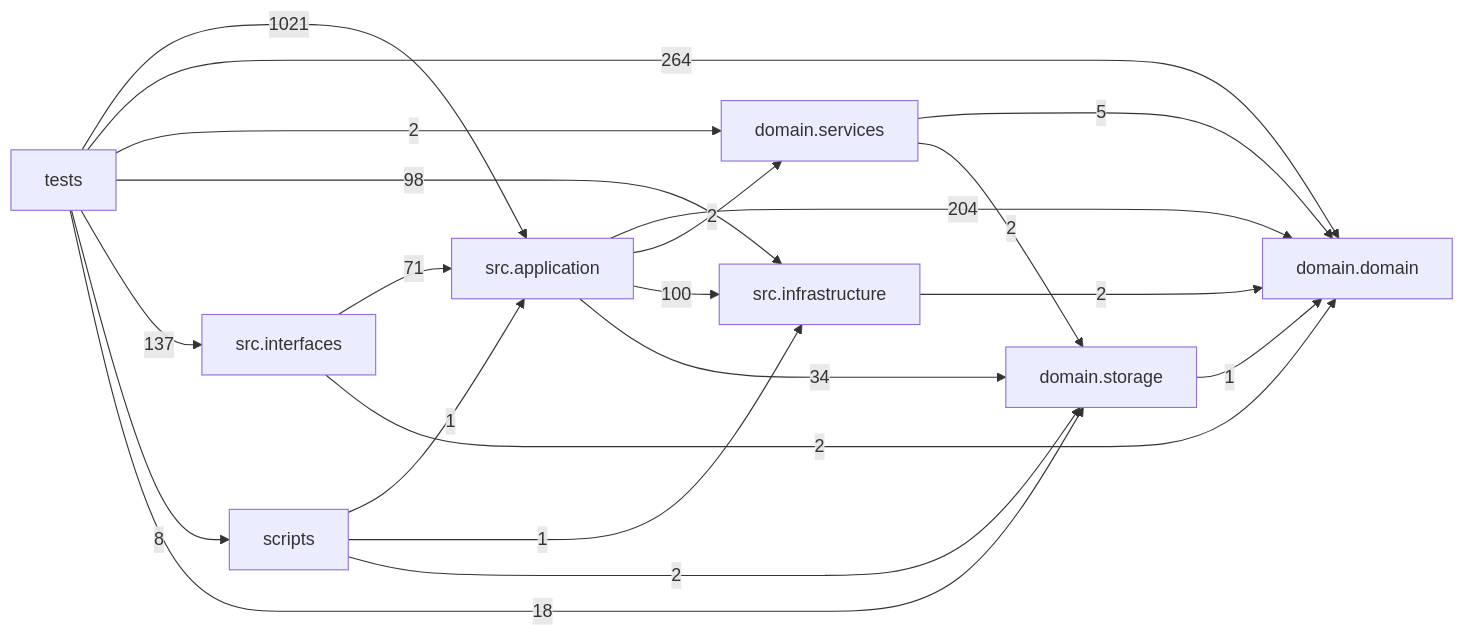
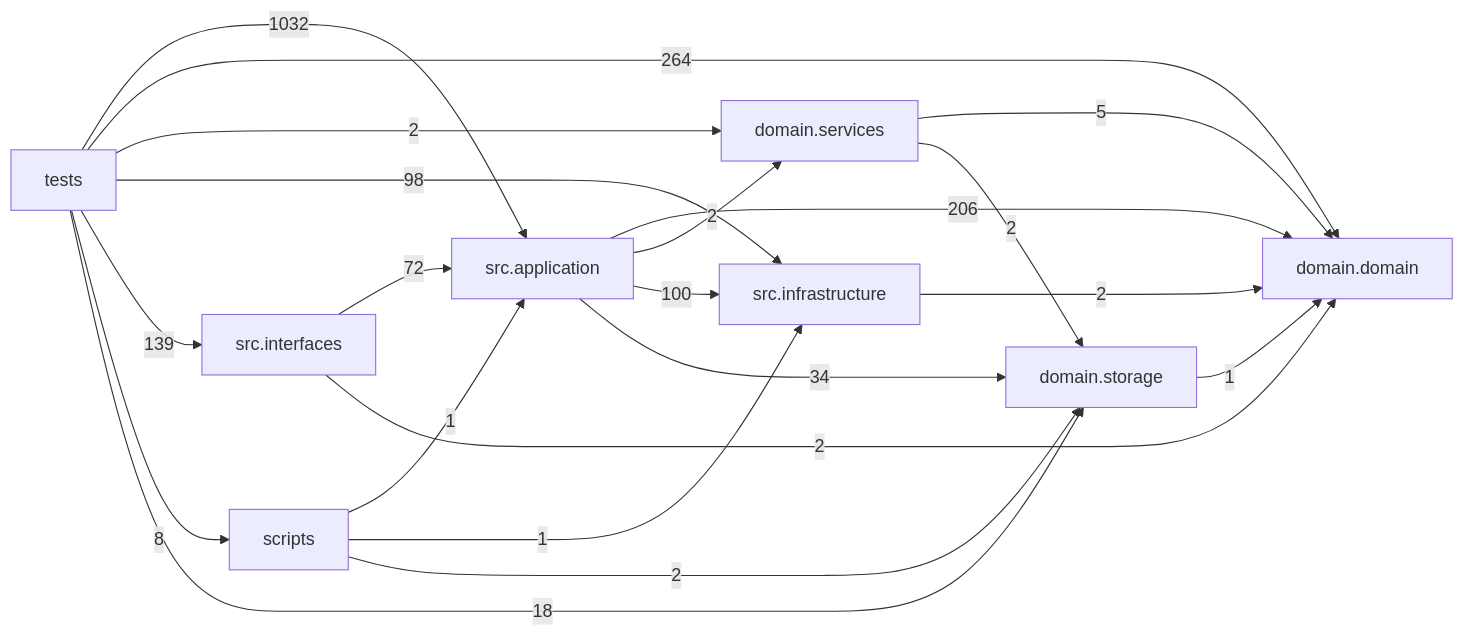
Before and after one commit to liuxie066/options-monitor: the diagram in docs/DEPENDENCY_GRAPH.md, drawn with Mermaid. The commit also changed other lines of this file and 28 other files, not shown here.

````diff
--- a/docs/DEPENDENCY_GRAPH.md
+++ b/docs/DEPENDENCY_GRAPH.md
@@ -24,31 +24,31 @@
 ```mermaid
 flowchart LR
   tests["tests"]
   scripts["scripts"]
   interfaces["src.interfaces"]
   application["src.application"]
   infrastructure["src.infrastructure"]
   domain_services["domain.services"]
   domain["domain.domain"]
   storage["domain.storage"]
-  application -->|204| domain
+  application -->|206| domain
   application -->|2| domain_services
   application -->|100| infrastructure
   application -->|34| storage
   domain_services -->|5| domain
   domain_services -->|2| storage
   infrastructure -->|2| domain
-  interfaces -->|71| application
+  interfaces -->|72| application
   interfaces -->|2| domain
   scripts -->|1| application
   scripts -->|1| infrastructure
   scripts -->|2| storage
   storage -->|1| domain
-  tests -->|1021| application
+  tests -->|1032| application
   tests -->|264| domain
   tests -->|2| domain_services
   tests -->|98| infrastructure
-  tests -->|137| interfaces
+  tests -->|139| interfaces
   tests -->|8| scripts
   tests -->|18| storage
 ```
````
